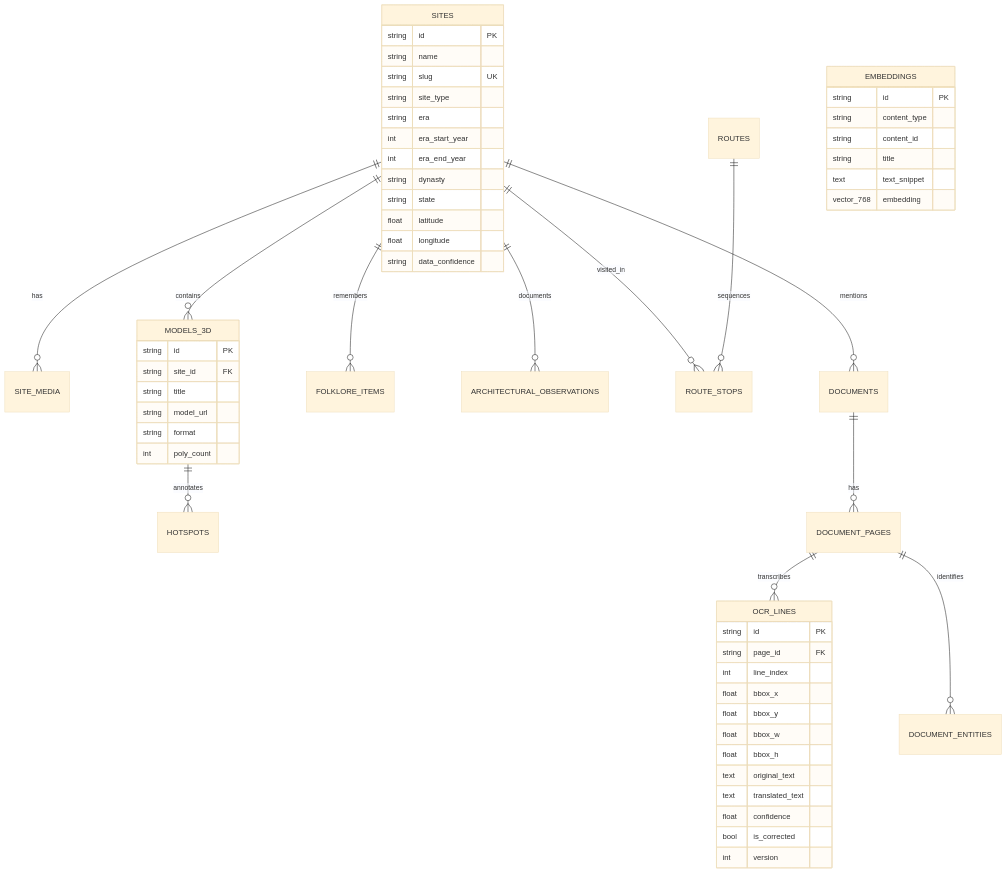
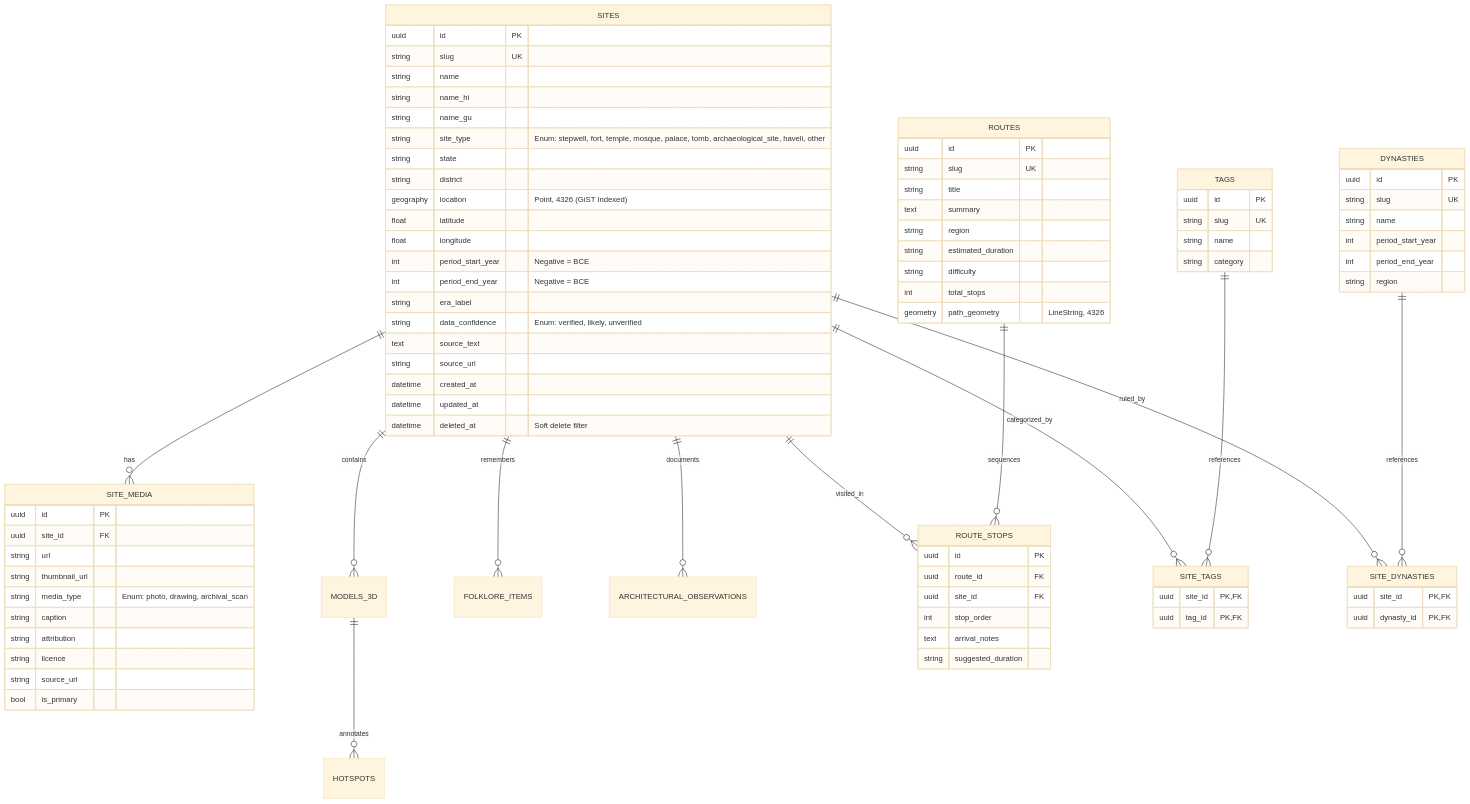
One commit to ramng-rgb/DHAROHAR-ATLAS changed the diagram in docs/database-schema.md. Above: the diagram before and after it, drawn with Mermaid (base theme). The commit also changed other lines of this file and 6 other files, not shown here.

Commit message:
docs: add data sources, ADR 0006, quality report, ER diagram, and changelog

````diff
--- a/docs/database-schema.md
+++ b/docs/database-schema.md
@@ -9,58 +9,93 @@
     SITES ||--o{ FOLKLORE_ITEMS : remembers
     SITES ||--o{ ARCHITECTURAL_OBSERVATIONS : documents
     SITES ||--o{ ROUTE_STOPS : visited_in
-    SITES ||--o{ DOCUMENTS : mentions
+    SITES ||--o{ SITE_TAGS : categorized_by
+    SITES ||--o{ SITE_DYNASTIES : ruled_by
+    TAGS ||--o{ SITE_TAGS : references
+    DYNASTIES ||--o{ SITE_DYNASTIES : references
+    ROUTES ||--o{ ROUTE_STOPS : sequences
     MODELS_3D ||--o{ HOTSPOTS : annotates
-    DOCUMENTS ||--o{ DOCUMENT_PAGES : has
-    DOCUMENT_PAGES ||--o{ OCR_LINES : transcribes
-    DOCUMENT_PAGES ||--o{ DOCUMENT_ENTITIES : identifies
-    ROUTES ||--o{ ROUTE_STOPS : sequences
 
     SITES {
-        string id PK
+        uuid id PK
+        string slug UK
         string name
-        string slug UK
-        string site_type
-        string era
-        int era_start_year
-        int era_end_year
-        string dynasty
+        string name_hi
+        string name_gu
+        string site_type "Enum: stepwell, fort, temple, mosque, palace, tomb, archaeological_site, haveli, other"
         string state
+        string district
+        geography location "Point, 4326 (GiST Indexed)"
         float latitude
         float longitude
-        string data_confidence
+        int period_start_year "Negative = BCE"
+        int period_end_year "Negative = BCE"
+        string era_label
+        string data_confidence "Enum: verified, likely, unverified"
+        text source_text
+        string source_url
+        datetime created_at
+        datetime updated_at
+        datetime deleted_at "Soft delete filter"
     }
 
-    MODELS_3D {
-        string id PK
-        string site_id FK
-        string title
-        string model_url
-        string format
-        int poly_count
+    SITE_MEDIA {
+        uuid id PK
+        uuid site_id FK
+        string url
+        string thumbnail_url
+        string media_type "Enum: photo, drawing, archival_scan"
+        string caption
+        string attribution
+        string licence
+        string source_url
+        bool is_primary
     }
 
-    OCR_LINES {
-        string id PK
-        string page_id FK
-        int line_index
-        float bbox_x
-        float bbox_y
-        float bbox_w
-        float bbox_h
-        text original_text
-        text translated_text
-        float confidence
-        bool is_corrected
-        int version
+    TAGS {
+        uuid id PK
+        string slug UK
+        string name
+        string category
     }
 
-    EMBEDDINGS {
-        string id PK
-        string content_type
-        string content_id
+    SITE_TAGS {
+        uuid site_id PK,FK
+        uuid tag_id PK,FK
+    }
+
+    DYNASTIES {
+        uuid id PK
+        string slug UK
+        string name
+        int period_start_year
+        int period_end_year
+        string region
+    }
+
+    SITE_DYNASTIES {
+        uuid site_id PK,FK
+        uuid dynasty_id PK,FK
+    }
+
+    ROUTES {
+        uuid id PK
+        string slug UK
         string title
-        text text_snippet
-        vector_768 embedding
+        text summary
+        string region
+        string estimated_duration
+        string difficulty
+        int total_stops
+        geometry path_geometry "LineString, 4326"
+    }
+
+    ROUTE_STOPS {
+        uuid id PK
+        uuid route_id FK
+        uuid site_id FK
+        int stop_order
+        text arrival_notes
+        string suggested_duration
     }
 ```
````
